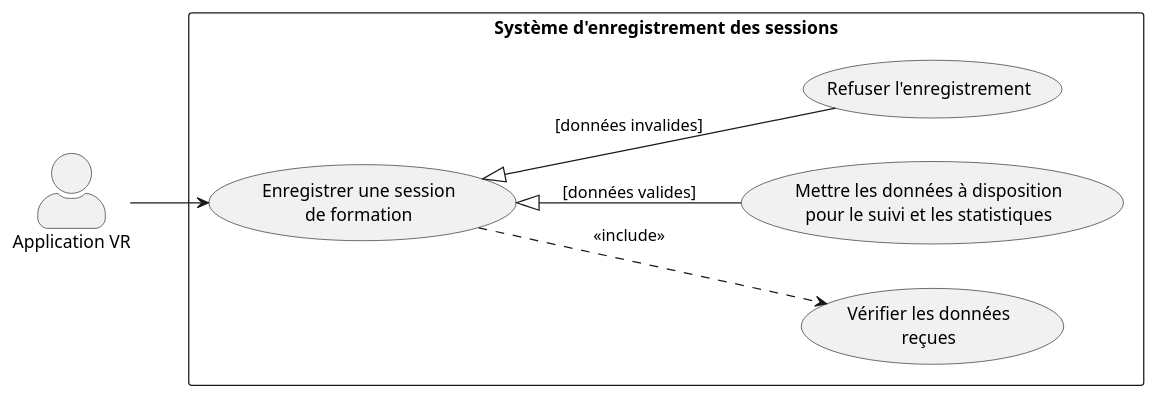
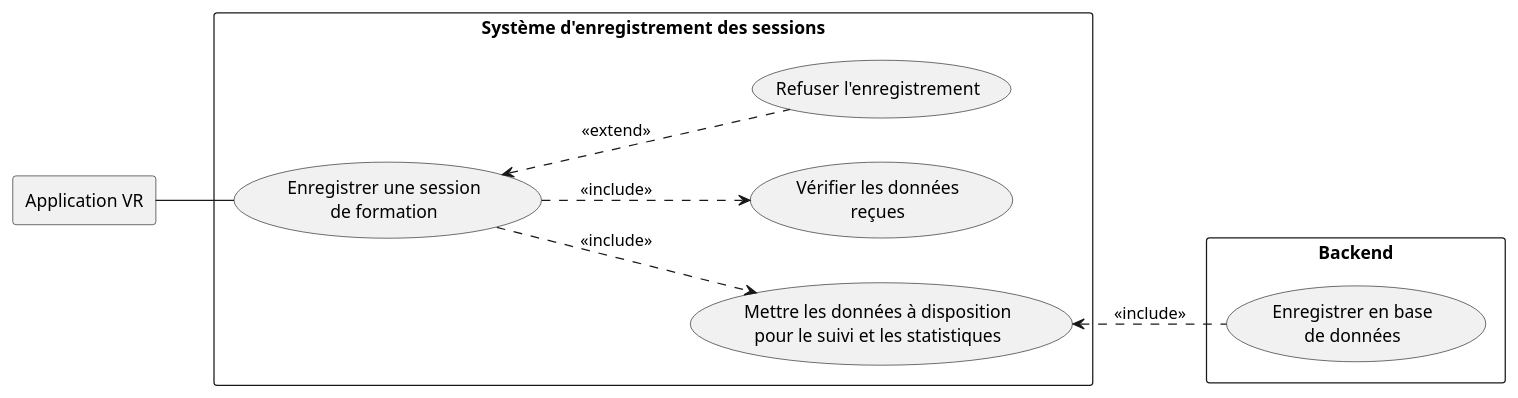
The diagram in PUML/enregistrement_resultats_session.puml (sayenjabo/TynassIt_PFE), drawn with PlantUML before and after one commit. The commit also changed 68 other files, not shown here.

```diff
--- a/PUML/enregistrement_resultats_session.puml
+++ b/PUML/enregistrement_resultats_session.puml
@@ -1,29 +1,32 @@
 @startuml Enregistrement_Resultats_Session
 
 left to right direction
 
 skinparam shadowing false
 skinparam defaultFontName Helvetica
 skinparam actorStyle awesome
 
-actor "Application VR" as VR
+rectangle "Application VR" as VR
 
 rectangle "Système d'enregistrement des sessions" {
 
   usecase "Enregistrer une session\nde formation" as Enregistrer
 
   usecase "Vérifier les données\nreçues" as Verifier
 
   usecase "Mettre les données à disposition\npour le suivi et les statistiques" as Suivi
 
   usecase "Refuser l'enregistrement" as Refuser
   }
 
-VR --> Enregistrer
+rectangle "Backend" {
+  usecase "Enregistrer en base\nde données" as EnregistrerDB
+}
+VR -- Enregistrer
 
+EnregistrerDB .up.> Suivi : <<include>>
 Enregistrer ..> Verifier : <<include>>
-
-Enregistrer <|-- Suivi : [données valides]
-Enregistrer <|-- Refuser : [données invalides]
+Enregistrer ..> Suivi : <<include>>
+Enregistrer <.. Refuser : <<extend>>
 
 @enduml
```
